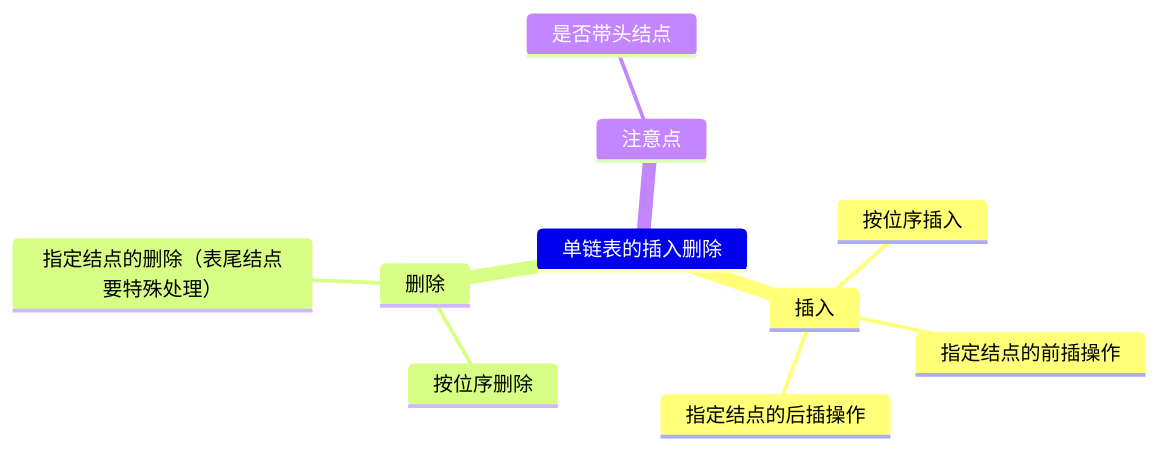
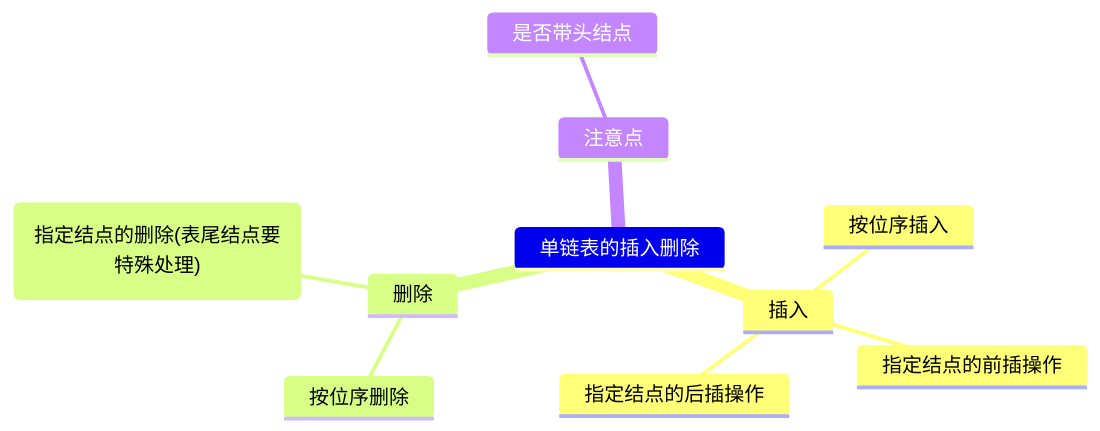
One commit to novpath/Data-Structure changed diagram 15 of 15 in 数据结构.md. Above: the diagram before and after it, drawn with Mermaid. The commit also changed other lines of this file and 11 other files, not shown here.

````diff
--- a/数据结构.md
+++ b/数据结构.md
@@ -2234,13 +2234,13 @@
 ```mermaid
 mindmap
     单链表的插入删除
         插入
             按位序插入
             指定结点的前插操作
             指定结点的后插操作
         删除
             按位序删除
-            指定结点的删除（表尾结点要特殊处理）
+            ("指定结点的删除(表尾结点要特殊处理)")
         注意点
             是否带头结点
 ```
````
